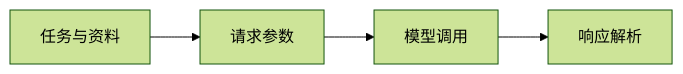
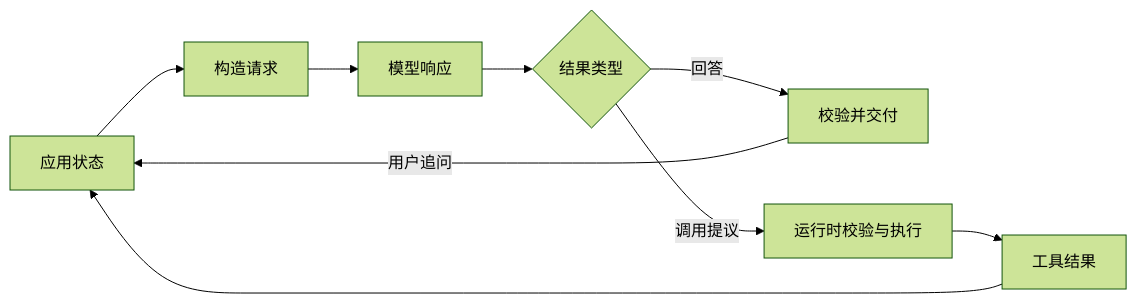
Before and after one commit to zhangqian-silk/computer-science: the diagram in ai/agent/model.md, drawn with Mermaid (forest theme). The commit also changed other lines of this file and 2 other files, not shown here.

````diff
--- a/ai/agent/model.md
+++ b/ai/agent/model.md
@@ -13,6 +147,11 @@
 ```mermaid
 flowchart LR
-	I["任务与资料"] --> Q["请求参数"]
-	Q --> M["模型调用"]
-	M --> R["响应解析"]
+	A["应用状态"] --> B["构造请求"]
+	B --> C["模型响应"]
+	C --> D{"结果类型"}
+	D -->|回答| E["校验并交付"]
+	D -->|调用提议| F["运行时校验与执行"]
+	F --> G["工具结果"]
+	G --> A
+	E -->|用户追问| A
 ```
````
